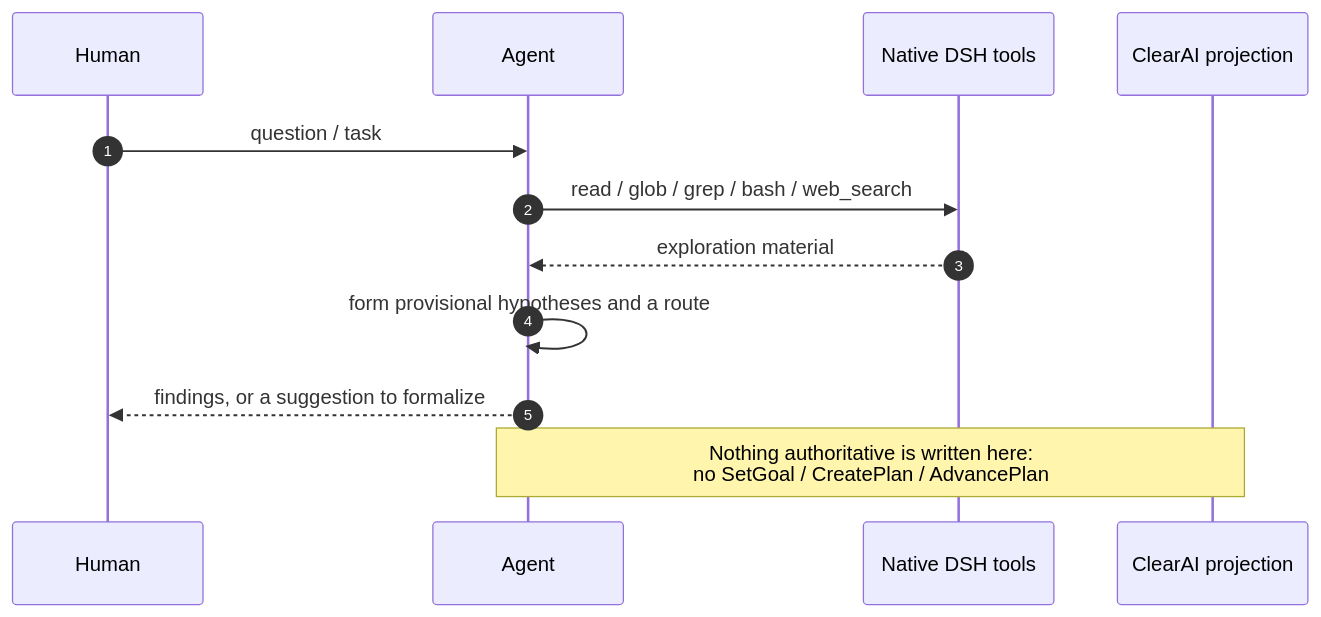
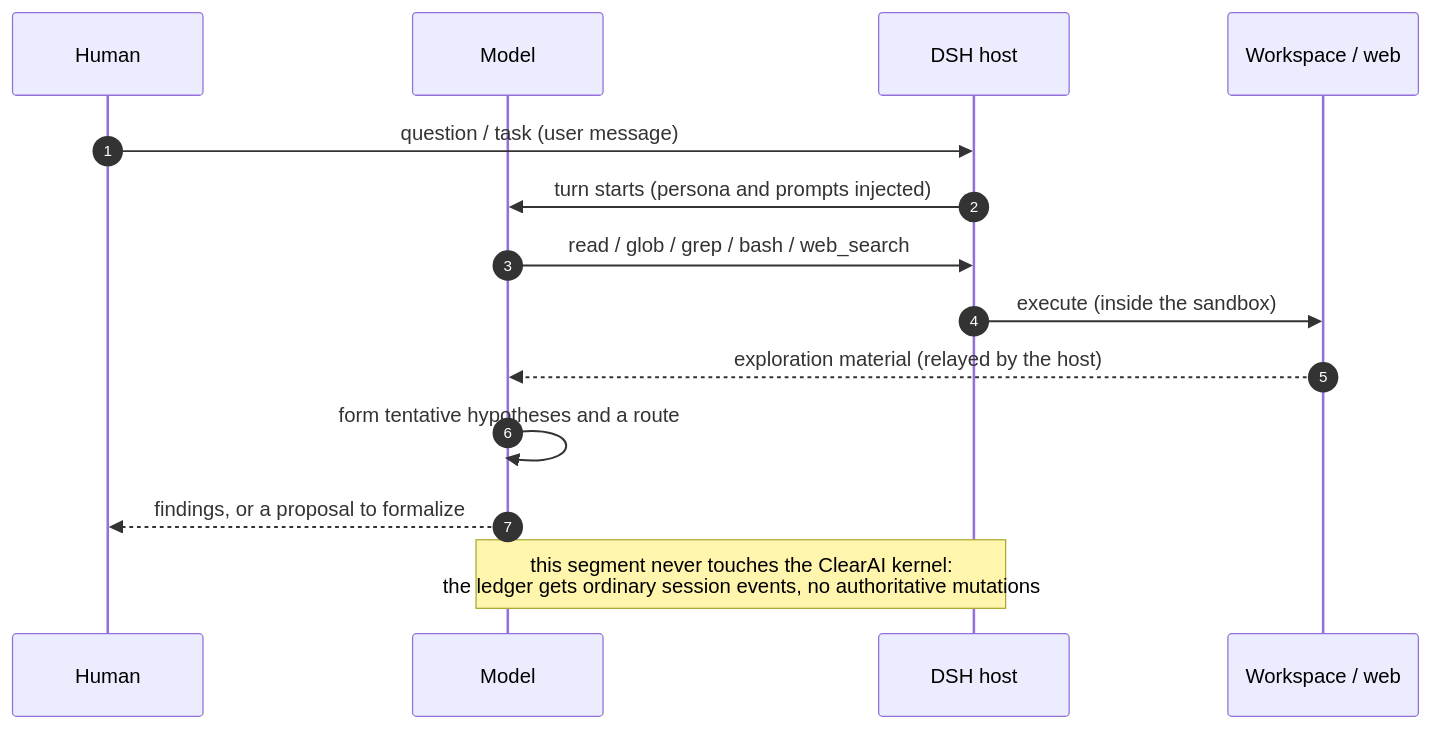
The second of 6 diagrams in docs/optimization/timing-diagrams.md (Clearailhc/clearai-dsh), drawn with Mermaid before and after one commit. The commit also changed other lines of this file and 5 other files, not shown here.

First line of the commit message:
docs(optimization): 时序图重写——固定角色表，Agent 拆成模型与宿主

````diff
--- a/docs/optimization/timing-diagrams.md
+++ b/docs/optimization/timing-diagrams.md
@@ -13,15 +53,17 @@
 ```mermaid
 sequenceDiagram
     autonumber
-    participant U as Human
-    participant A as Agent
-    participant D as Native DSH tools
-    participant P as ClearAI projection
+    participant H as Human
+    participant M as Model
+    participant D as DSH host
+    participant W as Workspace / web
 
-    U->>A: question / task
-    A->>D: read / glob / grep / bash / web_search
-    D-->>A: exploration material
-    A->>A: form provisional hypotheses and a route
-    A-->>U: findings, or a suggestion to formalize
-    Note over A,P: Nothing authoritative is written here:<br/>no SetGoal / CreatePlan / AdvancePlan
+    H->>D: question / task (user message)
+    D->>M: turn starts (persona and prompts injected)
+    M->>D: read / glob / grep / bash / web_search
+    D->>W: execute (inside the sandbox)
+    W-->>M: exploration material (relayed by the host)
+    M->>M: form tentative hypotheses and a route
+    M-->>H: findings, or a proposal to formalize
+    Note over M,D: this segment never touches the ClearAI kernel:<br/>the ledger gets ordinary session events, no authoritative mutations
 ```
````
